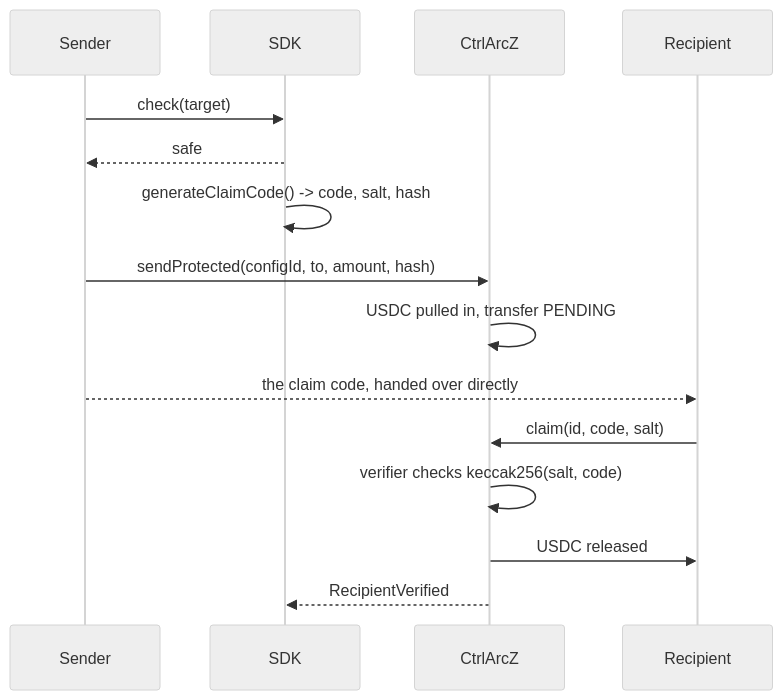
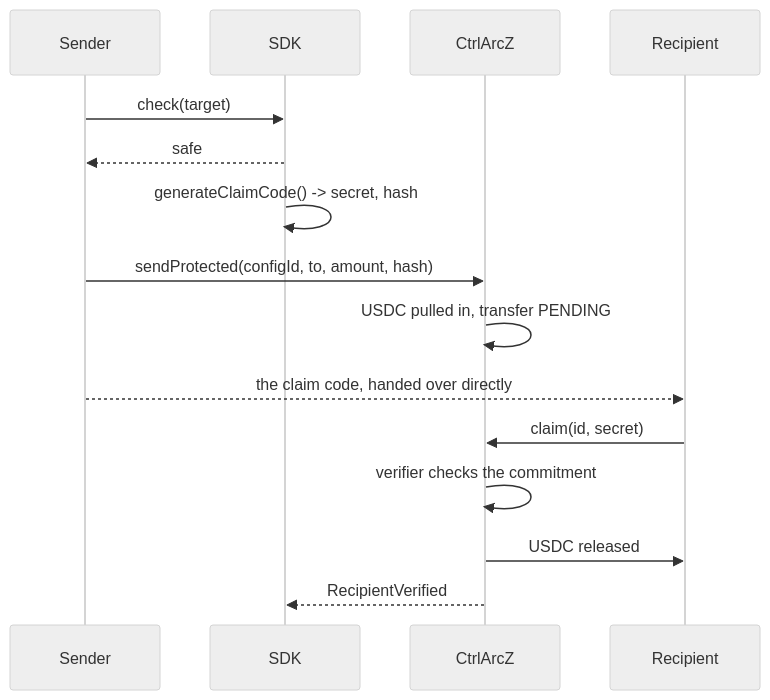
The third of 4 diagrams in README.md (Farukest/Ctrl-ArcZ), drawn with Mermaid (neutral theme) before and after one commit. The commit also changed other lines of this file and 4 other files, not shown here.

First line of the commit message:
docs: describe the single 80-bit claim code everywhere

````diff
--- a/README.md
+++ b/README.md
@@ -173,18 +173,18 @@
 ```mermaid
 sequenceDiagram
     participant S as Sender
     participant SDK as SDK
     participant C as CtrlArcZ
     participant R as Recipient
 
     S->>SDK: check(target)
     SDK-->>S: safe
-    SDK->>SDK: generateClaimCode() -> code, salt, hash
+    SDK->>SDK: generateClaimCode() -> secret, hash
     S->>C: sendProtected(configId, to, amount, hash)
     C->>C: USDC pulled in, transfer PENDING
     S-->>R: the claim code, handed over directly
-    R->>C: claim(id, code, salt)
-    C->>C: verifier checks keccak256(salt, code)
+    R->>C: claim(id, secret)
+    C->>C: verifier checks the commitment
     C->>R: USDC released
     C-->>SDK: RecipientVerified
 ```
````
